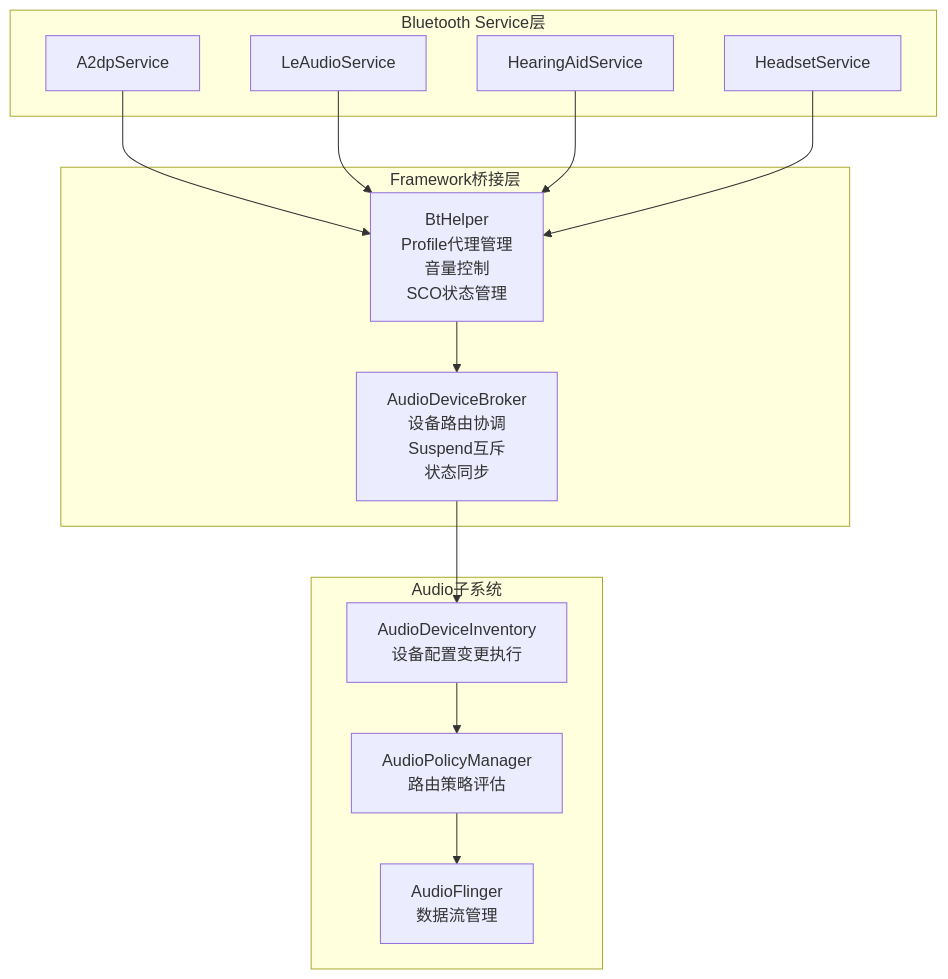
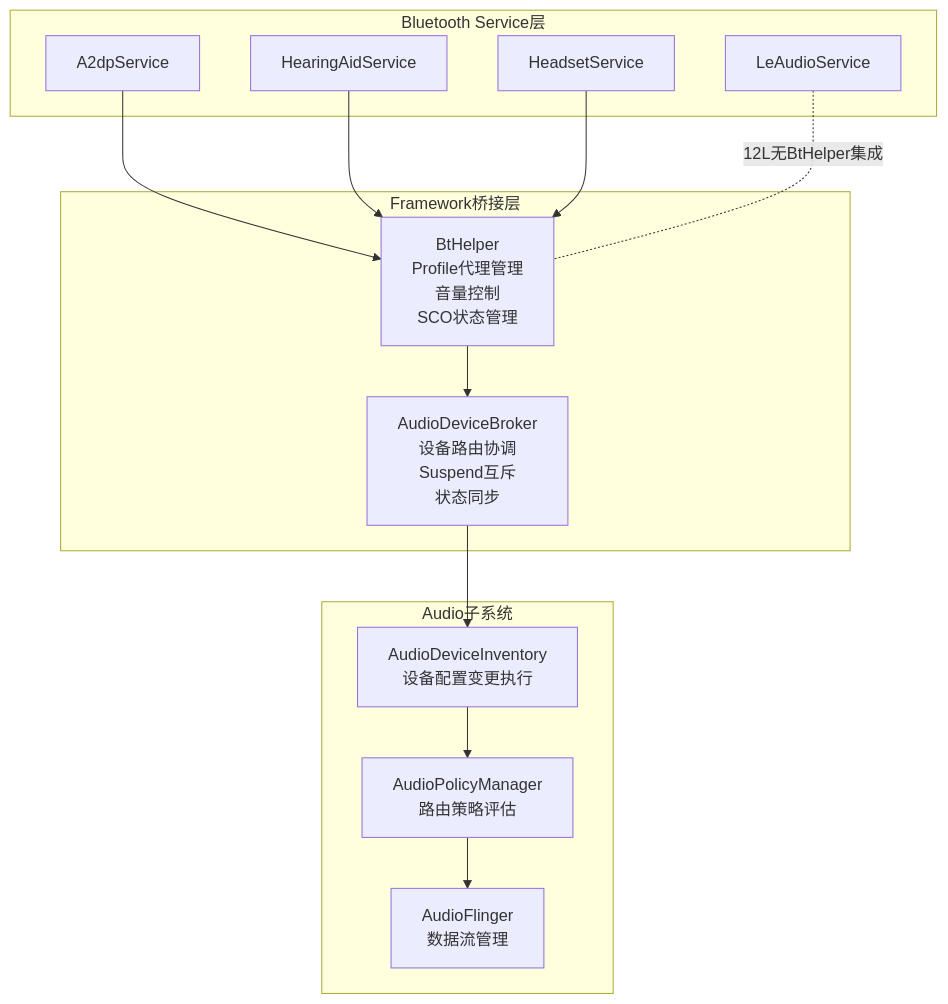
The first of 3 diagrams in 14_Bluetooth_Audio/14_14.6_蓝牙音频设备与AudioDeviceBroker交互.md (yanglinzhen1022/SA8295_AAOS_QNX_Audio_KnowledgeBase), drawn with Mermaid before and after one commit. The commit also changed other lines of this file and 10 other files, not shown here.

````diff
--- a/14_Bluetooth_Audio/14_14.6_蓝牙音频设备与AudioDeviceBroker交互.md
+++ b/14_Bluetooth_Audio/14_14.6_蓝牙音频设备与AudioDeviceBroker交互.md
@@ -11,29 +11,29 @@
 ```mermaid
 graph TB
     subgraph Bluetooth Service层
         A2DP[A2dpService]
         LEA[LeAudioService]
         HA[HearingAidService]
         HFP[HeadsetService]
     end
 
     subgraph Framework桥接层
         BTH[BtHelper<br>Profile代理管理<br>音量控制<br>SCO状态管理]
         ADB[AudioDeviceBroker<br>设备路由协调<br>Suspend互斥<br>状态同步]
     end
 
     subgraph Audio子系统
         ADI[AudioDeviceInventory<br>设备配置变更执行]
         APM[AudioPolicyManager<br>路由策略评估]
         AF[AudioFlinger<br>数据流管理]
     end
 
     A2DP --> BTH
-    LEA --> BTH
     HA --> BTH
     HFP --> BTH
+    LEA -.12L无BtHelper集成.- BTH
     BTH --> ADB
     ADB --> ADI
     ADI --> APM
     APM --> AF
 ```
````
